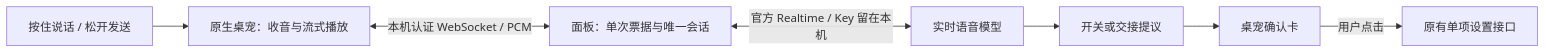
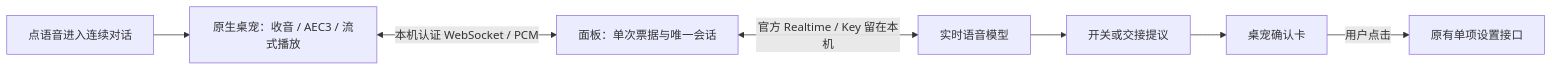
Before and after one commit to dubianche123/the-regular-qq-bot: the second of 2 diagrams in docs/architecture.md, drawn with Mermaid. The commit also changed other lines of this file and 4 other files, not shown here.

````diff
--- a/docs/architecture.md
+++ b/docs/architecture.md
@@ -256,9 +256,9 @@
 ```mermaid
 flowchart LR
-    M[按住说话 / 松开发送] --> N[原生桌宠：收音与流式播放]
+    M[点语音进入连续对话] --> N[原生桌宠：收音 / AEC3 / 流式播放]
     N <-->|本机认证 WebSocket / PCM| P[面板：单次票据与唯一会话]
     P <-->|官方 Realtime / Key 留在本机| V[实时语音模型]
     V --> A[开关或交接提议]
     A --> C[桌宠确认卡]
     C -->|用户点击| S[原有单项设置接口]
 ```
````
